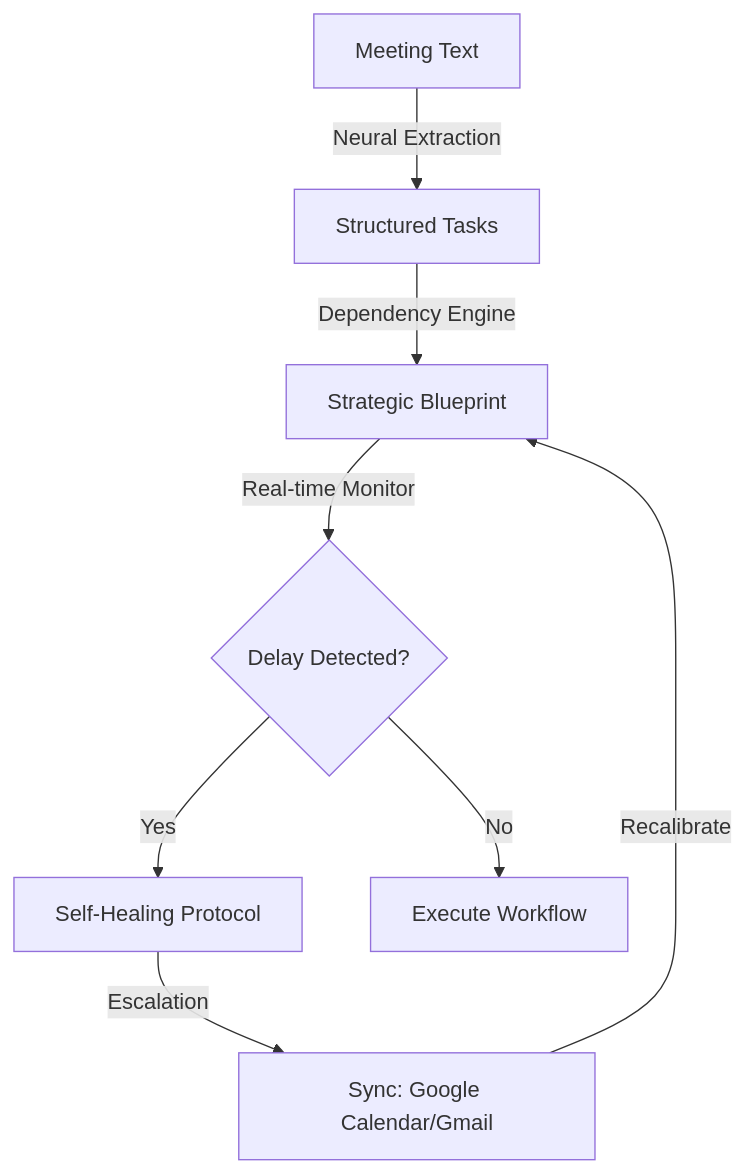
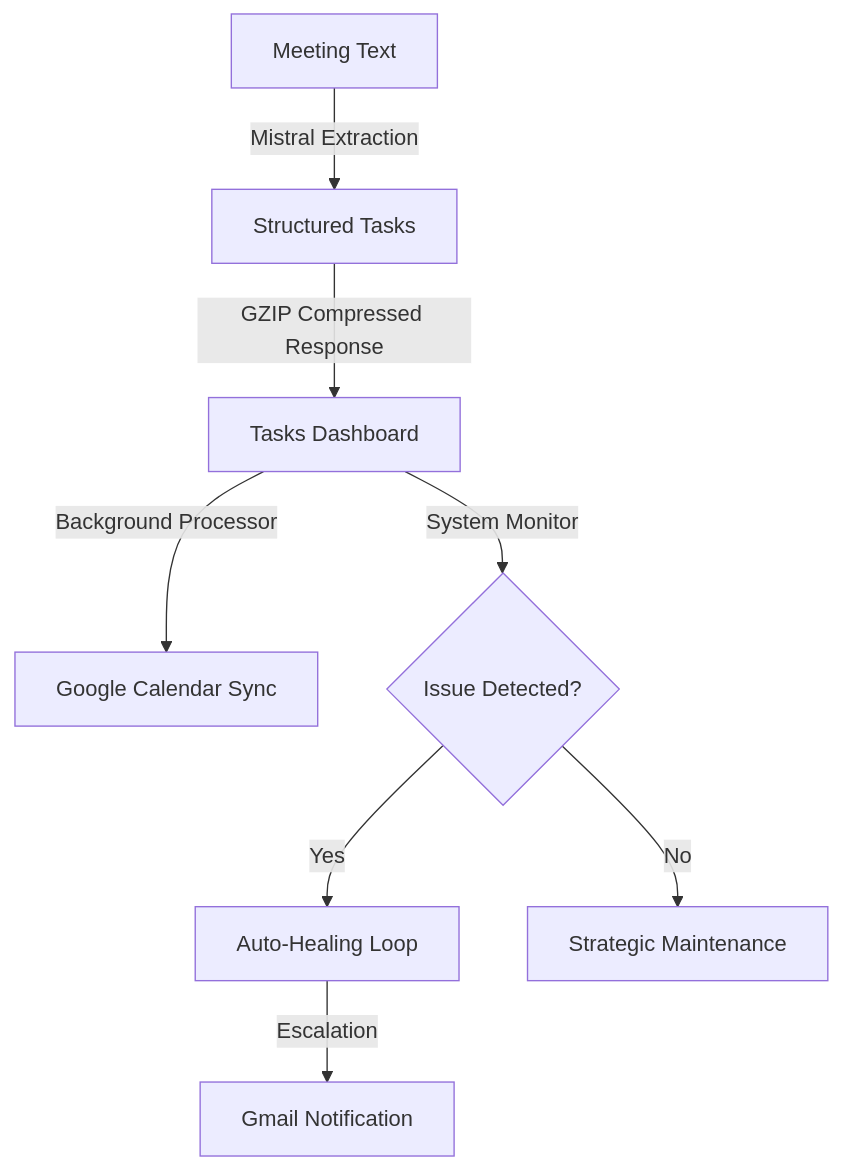
One commit to mahesh-0103/TaskPilot changed the diagram in README.md. Above: the diagram before and after it, drawn with Mermaid. The commit also changed other lines of this file, not shown here.

````diff
--- a/README.md
+++ b/README.md
@@ -34,10 +62,10 @@
 ```mermaid
 graph TD
-    A[Meeting Text] -->|Neural Extraction| B[Structured Tasks]
-    B -->|Dependency Engine| C[Strategic Blueprint]
-    C -->|Real-time Monitor| D{Delay Detected?}
-    D -->|Yes| E[Self-Healing Protocol]
-    D -->|No| F[Execute Workflow]
-    E -->|Escalation| G[Sync: Google Calendar/Gmail]
-    G -->|Recalibrate| C
+    A[Meeting Text] -->|Mistral Extraction| B[Structured Tasks]
+    B -->|GZIP Compressed Response| C[Tasks Dashboard]
+    C -->|Background Processor| D[Google Calendar Sync]
+    C -->|System Monitor| E{Issue Detected?}
+    E -->|Yes| F[Auto-Healing Loop]
+    F -->|Escalation| G[Gmail Notification]
+    E -->|No| H[Strategic Maintenance]
 ```
````
